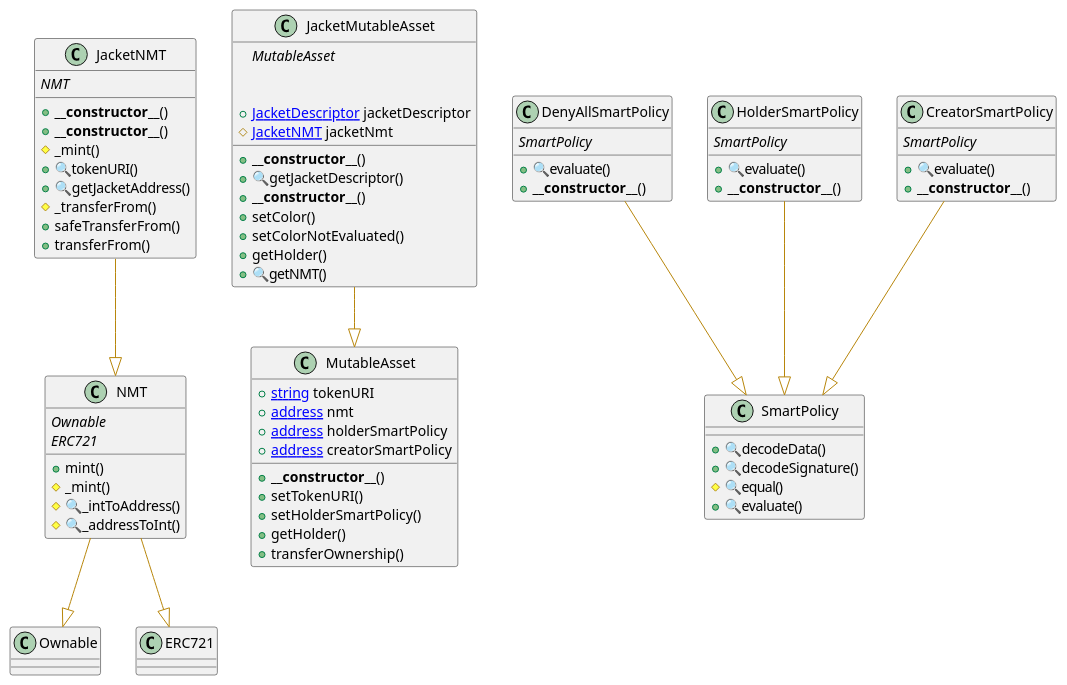
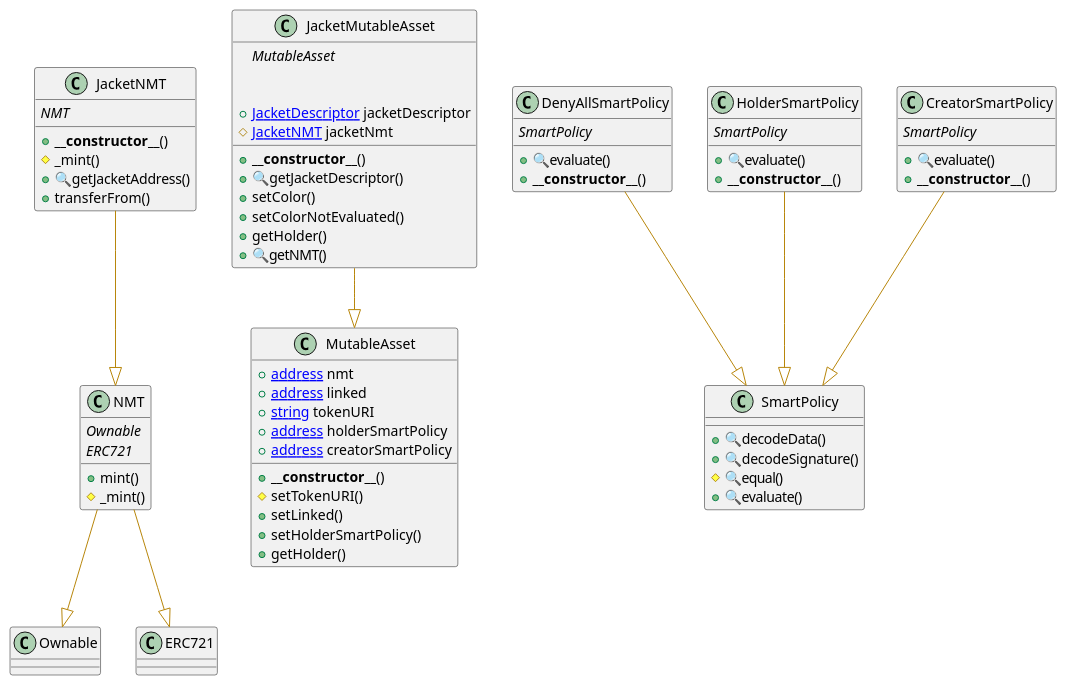
Before and after one commit to d0na/CMNT: the diagram in @startuml.wsd, drawn with PlantUML. The commit also changed 2 other files, not shown here.

Commit message:
improvement: change uml graph

```diff
--- a/@startuml.wsd
+++ b/@startuml.wsd
@@ -1,162 +1,157 @@
 @startuml
 ' -- generated by: https://marketplace.visualstudio.com/items?itemName=tintinweb.solidity-visual-auditor
 '
 ' -- for auto-render install: https://marketplace.visualstudio.com/items?itemName=jebbs.plantuml
 ' -- options --
 
 allowmixing
 
 ' -- classes --
 
 
-
-class JacketNMT {
-    ' -- inheritance --
-	{abstract}NMT
-
-    ' -- usingFor --
-
-    ' -- vars --
-
-    ' -- methods --
-	+**__constructor__**()
-	+**__constructor__**()
-	#_mint()
-	+🔍tokenURI()
-	+🔍getJacketAddress()
-	#_transferFrom()
-	+safeTransferFrom()
-	+transferFrom()
-
-}
- JacketNMT --[#DarkGoldenRod]|> NMT
 class NMT {
     ' -- inheritance --
 	{abstract}Ownable
 	{abstract}ERC721
 
     ' -- usingFor --
 
     ' -- vars --
 
     ' -- methods --
 	+mint()
 	#_mint()
-	#🔍_intToAddress()
-	#🔍_addressToInt()
 
 }
 ' -- inheritance / usingFor --
 NMT --[#DarkGoldenRod]|> Ownable
 NMT --[#DarkGoldenRod]|> ERC721
 
+
+
+
+class MutableAsset {
+    ' -- inheritance --
+
+    ' -- usingFor --
+
+    ' -- vars --
+	+[[address]] nmt
+	+[[address]] linked
+	+[[string]] tokenURI
+	+[[address]] holderSmartPolicy
+	+[[address]] creatorSmartPolicy
+
+    ' -- methods --
+	+**__constructor__**()
+	#setTokenURI()
+	+setLinked()
+	+setHolderSmartPolicy()
+	+getHolder()
+
+}
 
 class JacketMutableAsset {
     ' -- inheritance --
 	{abstract}MutableAsset
 
     ' -- usingFor --
 
     ' -- vars --
 	+[[JacketDescriptor]] jacketDescriptor
 	#[[JacketNMT]] jacketNmt
 
     ' -- methods --
 	+**__constructor__**()
 	+🔍getJacketDescriptor()
-	+**__constructor__**()
 	+setColor()
 	+setColorNotEvaluated()
 	+getHolder()
 	+🔍getNMT()
 
 }
 ' -- inheritance / usingFor --
 JacketMutableAsset --[#DarkGoldenRod]|> MutableAsset
 
-
-
-class MutableAsset {
+class JacketNMT {
     ' -- inheritance --
+	{abstract}NMT
 
     ' -- usingFor --
 
     ' -- vars --
-	+[[string]] tokenURI
-	+[[address]] nmt
-	+[[address]] holderSmartPolicy
-	+[[address]] creatorSmartPolicy
 
     ' -- methods --
 	+**__constructor__**()
-	+setTokenURI()
-	+setHolderSmartPolicy()
-	+getHolder()
-	+transferOwnership()
+	#_mint()
+	+🔍getJacketAddress()
+	+transferFrom()
 
 }
+' -- inheritance / usingFor --
+JacketNMT --[#DarkGoldenRod]|> NMT
+
 
 class DenyAllSmartPolicy {
     ' -- inheritance --
 	{abstract}SmartPolicy
 
     ' -- usingFor --
 
     ' -- vars --
 
     ' -- methods --
 	+🔍evaluate()
 	+**__constructor__**()
 
 }
 ' -- inheritance / usingFor --
 DenyAllSmartPolicy --[#DarkGoldenRod]|> SmartPolicy
 
 class HolderSmartPolicy {
     ' -- inheritance --
 	{abstract}SmartPolicy
 
     ' -- usingFor --
 
     ' -- vars --
 
     ' -- methods --
 	+🔍evaluate()
 	+**__constructor__**()
 
 }
 ' -- inheritance / usingFor --
 HolderSmartPolicy --[#DarkGoldenRod]|> SmartPolicy
 
 class CreatorSmartPolicy {
     ' -- inheritance --
 	{abstract}SmartPolicy
 
     ' -- usingFor --
 
     ' -- vars --
 
     ' -- methods --
 	+🔍evaluate()
 	+**__constructor__**()
 
 }
 ' -- inheritance / usingFor --
 CreatorSmartPolicy --[#DarkGoldenRod]|> SmartPolicy
 
 class SmartPolicy {
     ' -- inheritance --
 
     ' -- usingFor --
 
     ' -- vars --
 
     ' -- methods --
 	+🔍decodeData()
 	+🔍decodeSignature()
 	#🔍equal()
 	+🔍evaluate()
 
 }
-
 @enduml
```
